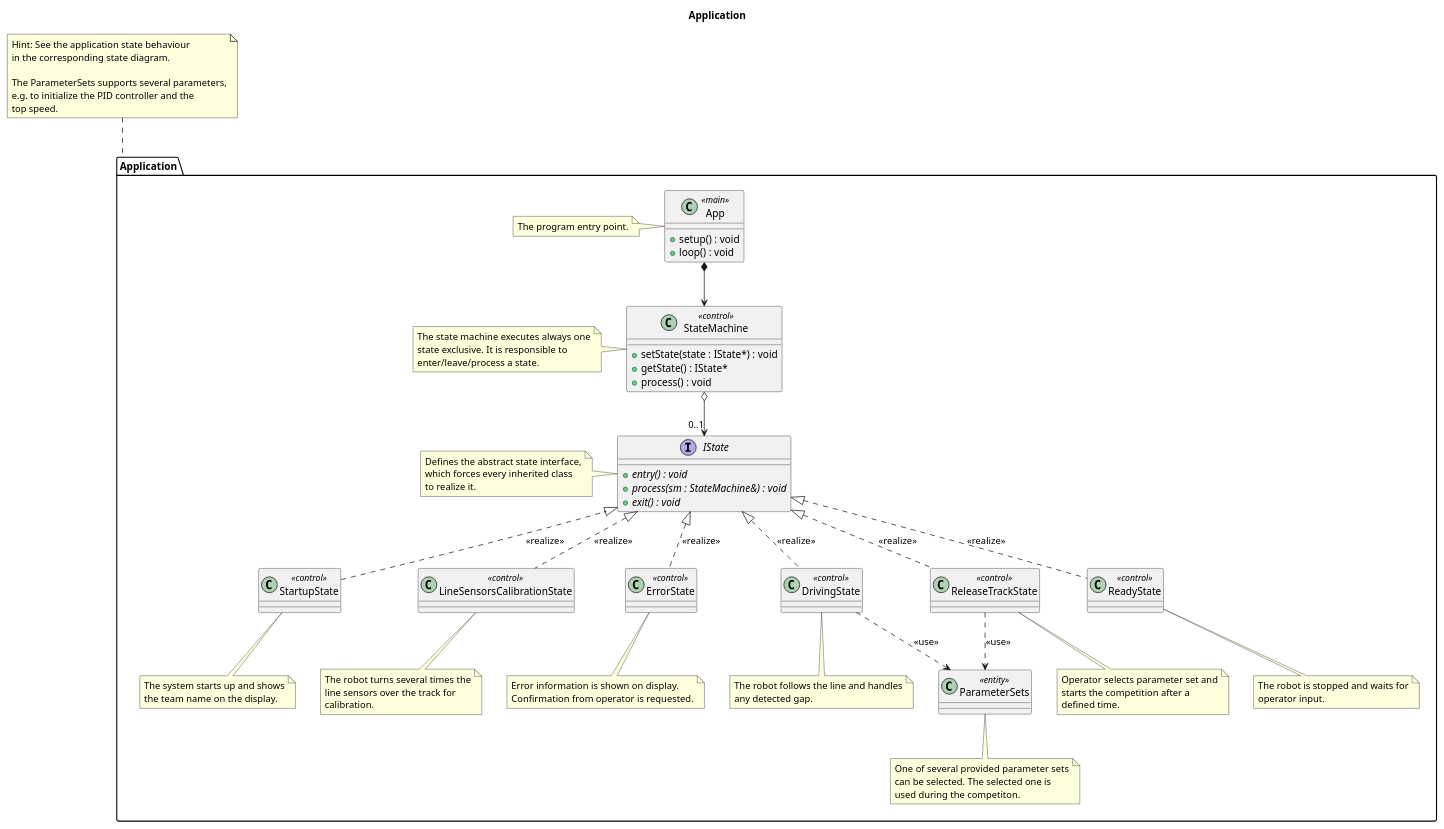
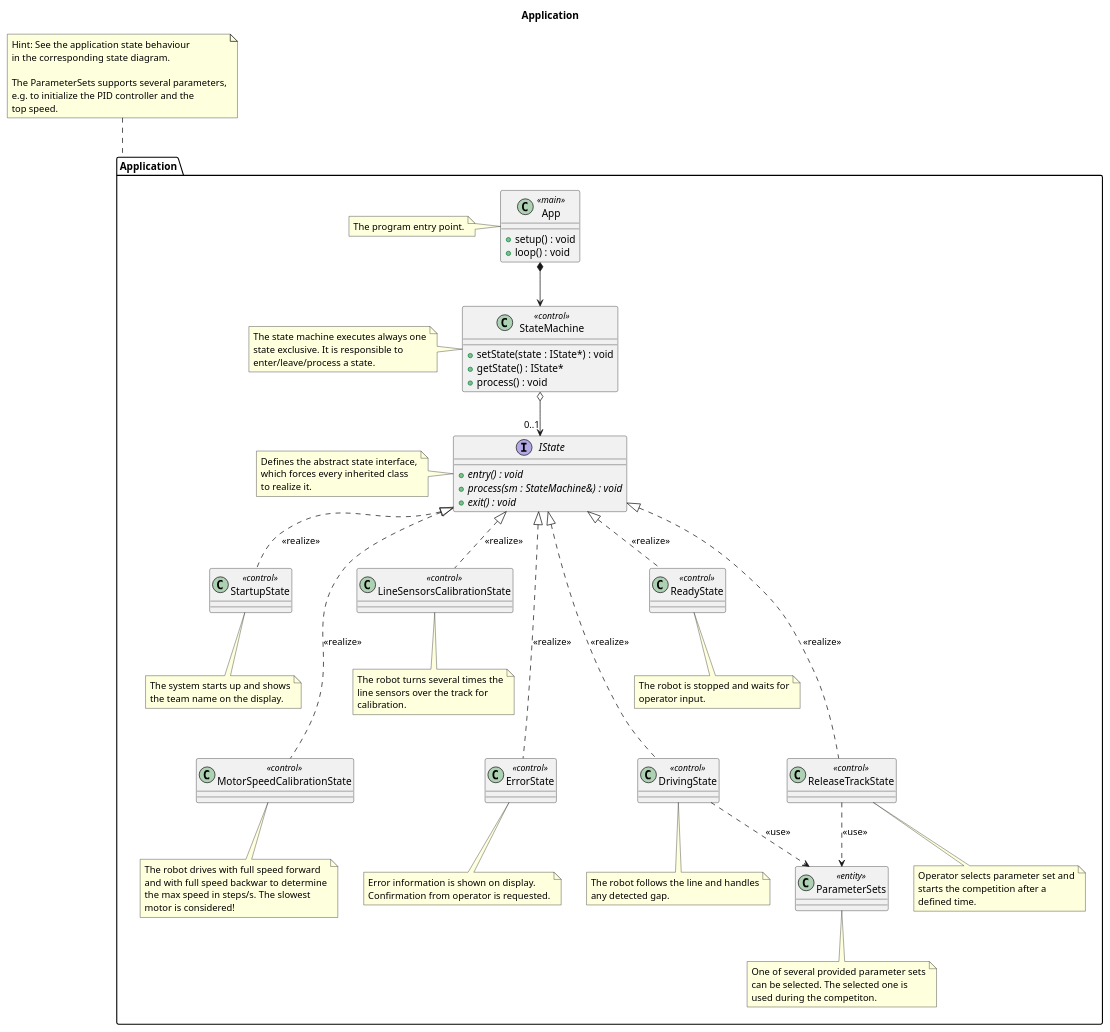
One commit to BlueAndi/RadonUlzer changed the diagram in doc/architecture/uml/LogicalView/Application.plantuml. Above: the diagram before and after it, drawn with PlantUML.

Commit message:
MotorSpeedCalibrationState added to logical view.

```diff
--- a/doc/architecture/uml/LogicalView/Application.plantuml
+++ b/doc/architecture/uml/LogicalView/Application.plantuml
@@ -1,111 +1,120 @@
 @startuml
 
 title Application
 
 package "Application" as appLayer {
 
     class App <<main>> {
         + setup() : void
         + loop() : void
     }
 
     note left of App
         The program entry point.
     end note
 
     class StateMachine <<control>> {
         + setState(state : IState*) : void
         + getState() : IState*
         + process() : void
     }
 
     note left of StateMachine
         The state machine executes always one
         state exclusive. It is responsible to
         enter/leave/process a state.
     end note
 
     interface IState {
         + {abstract} entry() : void
         + {abstract} process(sm : StateMachine&) : void
         + {abstract} exit() : void
     }
 
     note left of IState
         Defines the abstract state interface,
         which forces every inherited class
         to realize it.
     end note
 
     class StartupState <<control>>
+    class MotorSpeedCalibrationState <<control>>
     class LineSensorsCalibrationState <<control>>
     class ErrorState <<control>>
     class DrivingState <<control>>
     class ReadyState <<control>>
     class ReleaseTrackState <<control>>
 
     class ParameterSets <<entity>>
 
     note bottom of ParameterSets
         One of several provided parameter sets
         can be selected. The selected one is
         used during the competiton.
     end note
 
     note bottom of StartupState
         The system starts up and shows
         the team name on the display.
+    end note
+
+    note bottom of MotorSpeedCalibrationState
+        The robot drives with full speed forward
+        and with full speed backwar to determine
+        the max speed in steps/s. The slowest
+        motor is considered!
     end note
 
     note bottom of LineSensorsCalibrationState
         The robot turns several times the
         line sensors over the track for
         calibration.
     end note
 
     note bottom of ErrorState
         Error information is shown on display.
         Confirmation from operator is requested.
     end note
 
     note bottom of DrivingState
         The robot follows the line and handles
         any detected gap.
     end note
 
     note bottom of ReadyState
         The robot is stopped and waits for
         operator input.
     end note
 
     note bottom of ReleaseTrackState
         Operator selects parameter set and
         starts the competition after a
         defined time.
     end note
 }
 
 note top of  appLayer
     Hint: See the application state behaviour
     in the corresponding state diagram.
 
     The ParameterSets supports several parameters,
     e.g. to initialize the PID controller and the
     top speed.
 end note
 
 App *--> StateMachine
 
 StateMachine o--> "0..1" IState
 
 IState <|.. StartupState: <<realize>>
+IState <|.... MotorSpeedCalibrationState: <<realize>>
 IState <|.. LineSensorsCalibrationState: <<realize>>
-IState <|.. ErrorState: <<realize>>
+IState <|.... ErrorState: <<realize>>
 IState <|.. ReadyState: <<realize>>
-IState <|.. ReleaseTrackState: <<realize>>
-IState <|.. DrivingState: <<realize>>
+IState <|.... ReleaseTrackState: <<realize>>
+IState <|.... DrivingState: <<realize>>
 
 ReleaseTrackState ..> ParameterSets: <<use>>
 DrivingState ..> ParameterSets: <<use>>
 
 @enduml
```
